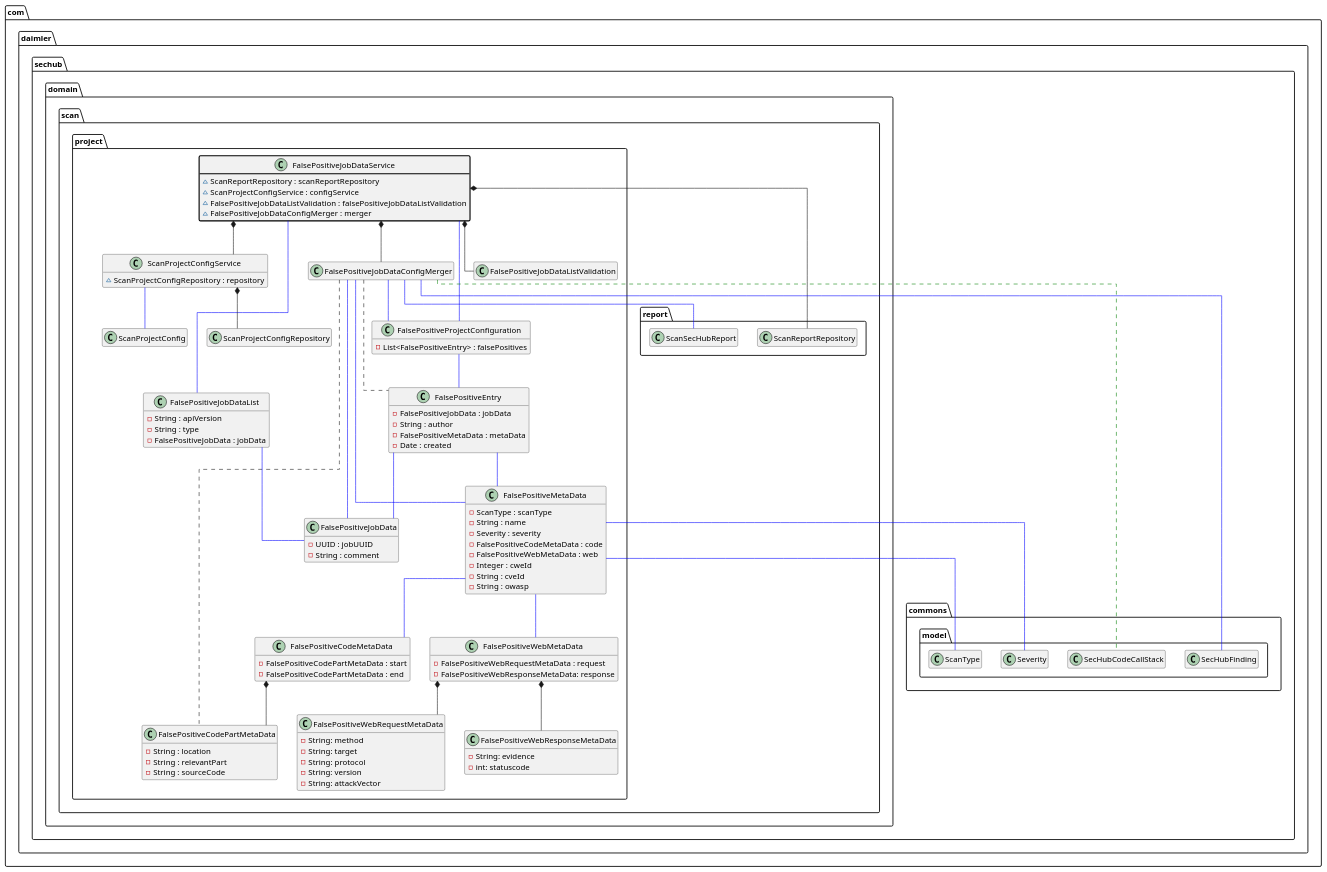
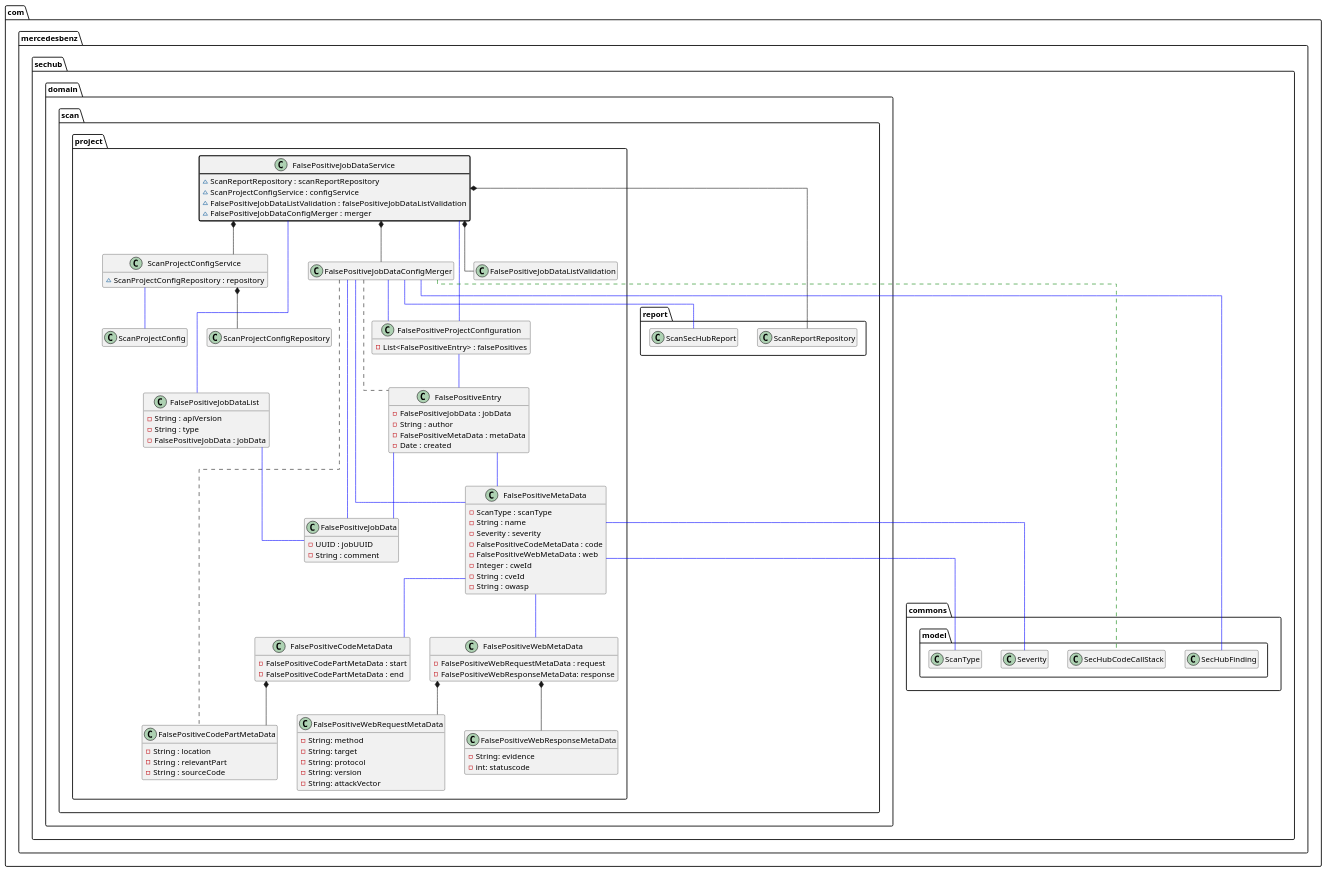
The diagram in sechub-doc/src/docs/asciidoc/diagrams/diagram_falsepositives_definition_overview.puml (mercedes-benz/sechub), drawn with PlantUML before and after one commit. The commit also changed 3801 other files, not shown here.

First line of the commit message:
Renamed package com.daimler to com.mercedesbenz #999

```diff
--- a/sechub-doc/src/docs/asciidoc/diagrams/diagram_falsepositives_definition_overview.puml
+++ b/sechub-doc/src/docs/asciidoc/diagrams/diagram_falsepositives_definition_overview.puml
@@ -1,112 +1,112 @@
 @startuml
 skinparam linetype ortho
 hide empty methods
 hide empty fields
-package com.daimler.sechub.domain.scan.project{
-'com.daimler.sechub.domain.scan.project.FalsePositiveJobDataService
+package com.mercedesbenz.sechub.domain.scan.project{
+'com.mercedesbenz.sechub.domain.scan.project.FalsePositiveJobDataService
    class FalsePositiveJobDataService ##[bold]black {
     ~ScanReportRepository : scanReportRepository
     ~ScanProjectConfigService : configService
     ~FalsePositiveJobDataListValidation : falsePositiveJobDataListValidation
     ~FalsePositiveJobDataConfigMerger : merger
   }
   FalsePositiveJobDataService *-- FalsePositiveJobDataConfigMerger
   FalsePositiveJobDataService -[#blue]- FalsePositiveJobDataList
   FalsePositiveJobDataService *-- FalsePositiveJobDataListValidation
   FalsePositiveJobDataService -[#blue]- FalsePositiveProjectConfiguration
   FalsePositiveJobDataService *-- ScanProjectConfigService
-  FalsePositiveJobDataService *-- com.daimler.sechub.domain.scan.report.ScanReportRepository
-'com.daimler.sechub.domain.scan.project.FalsePositiveJobDataConfigMerger
+  FalsePositiveJobDataService *-- com.mercedesbenz.sechub.domain.scan.report.ScanReportRepository
+'com.mercedesbenz.sechub.domain.scan.project.FalsePositiveJobDataConfigMerger
    class FalsePositiveJobDataConfigMerger{
   }
-  FalsePositiveJobDataConfigMerger .[#green]. com.daimler.sechub.commons.model.SecHubCodeCallStack
-  FalsePositiveJobDataConfigMerger -[#blue]- com.daimler.sechub.commons.model.SecHubFinding
+  FalsePositiveJobDataConfigMerger .[#green]. com.mercedesbenz.sechub.commons.model.SecHubCodeCallStack
+  FalsePositiveJobDataConfigMerger -[#blue]- com.mercedesbenz.sechub.commons.model.SecHubFinding
   FalsePositiveJobDataConfigMerger .. FalsePositiveCodePartMetaData
   FalsePositiveJobDataConfigMerger .. FalsePositiveEntry
   FalsePositiveJobDataConfigMerger -[#blue]- FalsePositiveJobData
   FalsePositiveJobDataConfigMerger -[#blue]- FalsePositiveMetaData
   FalsePositiveJobDataConfigMerger -[#blue]- FalsePositiveProjectConfiguration
-  FalsePositiveJobDataConfigMerger -[#blue]- com.daimler.sechub.domain.scan.report.ScanSecHubReport
-'com.daimler.sechub.domain.scan.project.FalsePositiveJobDataList
+  FalsePositiveJobDataConfigMerger -[#blue]- com.mercedesbenz.sechub.domain.scan.report.ScanSecHubReport
+'com.mercedesbenz.sechub.domain.scan.project.FalsePositiveJobDataList
    class FalsePositiveJobDataList{
     -String : apiVersion
     -String : type
     -FalsePositiveJobData : jobData
   }
   FalsePositiveJobDataList -[#blue]- FalsePositiveJobData
-'com.daimler.sechub.domain.scan.project.FalsePositiveProjectConfiguration
+'com.mercedesbenz.sechub.domain.scan.project.FalsePositiveProjectConfiguration
    class FalsePositiveProjectConfiguration{
     -List<FalsePositiveEntry> : falsePositives
   }
   FalsePositiveProjectConfiguration -[#blue]- FalsePositiveEntry
-'com.daimler.sechub.domain.scan.project.ScanProjectConfigService
+'com.mercedesbenz.sechub.domain.scan.project.ScanProjectConfigService
    class ScanProjectConfigService{
     ~ScanProjectConfigRepository : repository
   }
   ScanProjectConfigService -[#blue]- ScanProjectConfig
   ScanProjectConfigService *-- ScanProjectConfigRepository
-'com.daimler.sechub.domain.scan.project.FalsePositiveJobData
+'com.mercedesbenz.sechub.domain.scan.project.FalsePositiveJobData
    class FalsePositiveJobData{
     -UUID : jobUUID
     -String : comment
   }
-'com.daimler.sechub.domain.scan.project.FalsePositiveCodePartMetaData
+'com.mercedesbenz.sechub.domain.scan.project.FalsePositiveCodePartMetaData
    class FalsePositiveCodePartMetaData{
     -String : location
     -String : relevantPart
     -String : sourceCode
   }
-'com.daimler.sechub.domain.scan.project.FalsePositiveEntry
+'com.mercedesbenz.sechub.domain.scan.project.FalsePositiveEntry
    class FalsePositiveEntry{
     -FalsePositiveJobData : jobData
     -String : author
     -FalsePositiveMetaData : metaData
     -Date : created
   }
   FalsePositiveEntry -[#blue]- FalsePositiveJobData
   FalsePositiveEntry -[#blue]- FalsePositiveMetaData
-'com.daimler.sechub.domain.scan.project.FalsePositiveMetaData
+'com.mercedesbenz.sechub.domain.scan.project.FalsePositiveMetaData
    class FalsePositiveMetaData{
     -ScanType : scanType
     -String : name
     -Severity : severity
     -FalsePositiveCodeMetaData : code
     -FalsePositiveWebMetaData : web
     -Integer : cweId
     -String : cveId
     -String : owasp
   }
-  FalsePositiveMetaData -[#blue]- com.daimler.sechub.commons.model.ScanType
-  FalsePositiveMetaData -[#blue]- com.daimler.sechub.commons.model.Severity
+  FalsePositiveMetaData -[#blue]- com.mercedesbenz.sechub.commons.model.ScanType
+  FalsePositiveMetaData -[#blue]- com.mercedesbenz.sechub.commons.model.Severity
   FalsePositiveMetaData -[#blue]- FalsePositiveCodeMetaData
   FalsePositiveMetaData -[#blue]- FalsePositiveWebMetaData
 
-'com.daimler.sechub.domain.scan.project.FalsePositiveCodeMetaData
+'com.mercedesbenz.sechub.domain.scan.project.FalsePositiveCodeMetaData
    class FalsePositiveCodeMetaData{
     -FalsePositiveCodePartMetaData : start
     -FalsePositiveCodePartMetaData : end
   }
   FalsePositiveCodeMetaData *-- FalsePositiveCodePartMetaData
-'com.daimler.sechub.domain.scan.project.FalsePositiveWebMetaData
+'com.mercedesbenz.sechub.domain.scan.project.FalsePositiveWebMetaData
    class FalsePositiveWebMetaData{
     -FalsePositiveWebRequestMetaData : request
     -FalsePositiveWebResponseMetaData: response
   }
   FalsePositiveWebMetaData *-- FalsePositiveWebRequestMetaData
   FalsePositiveWebMetaData *-- FalsePositiveWebResponseMetaData
-'com.daimler.sechub.domain.scan.project.FalsePositiveWebRequestMetaData
+'com.mercedesbenz.sechub.domain.scan.project.FalsePositiveWebRequestMetaData
    class FalsePositiveWebRequestMetaData{
     -String: method
     -String: target
     -String: protocol
     -String: version
     -String: attackVector
     
   }
   
-  'com.daimler.sechub.domain.scan.project.FalsePositiveWebResponseMetaData
+  'com.mercedesbenz.sechub.domain.scan.project.FalsePositiveWebResponseMetaData
    class FalsePositiveWebResponseMetaData{
     -String: evidence
     -int: statuscode
   }
 @enduml
```
